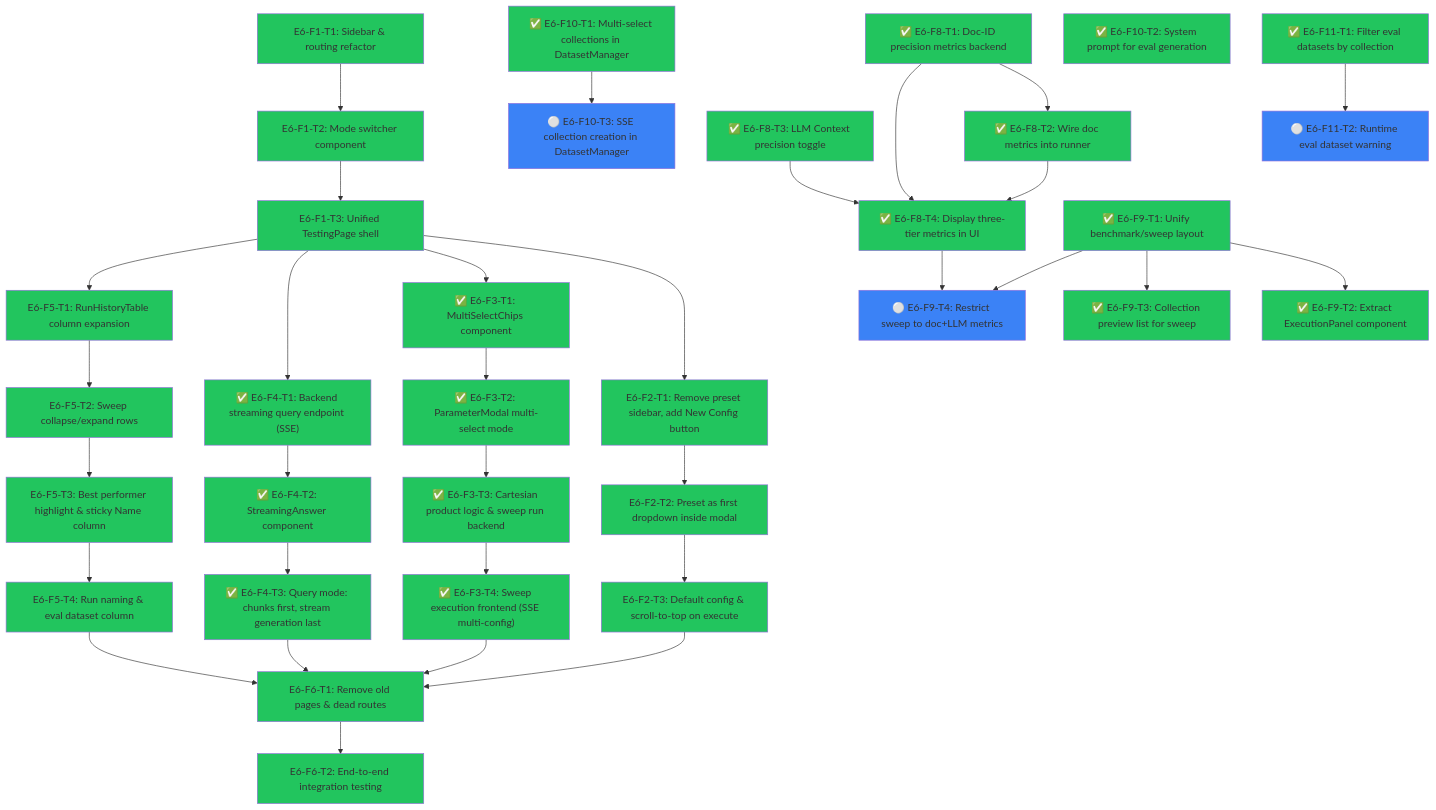
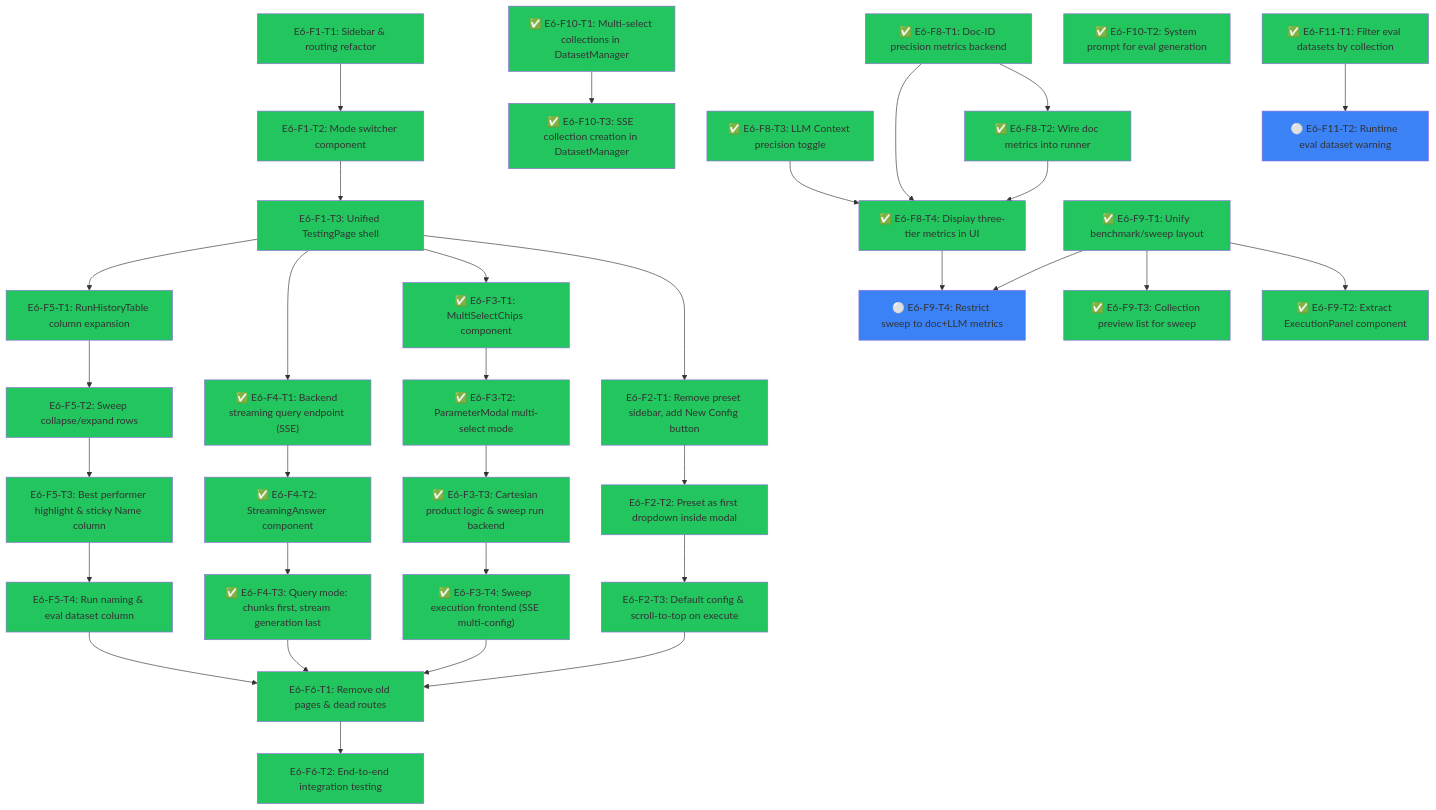
One commit to Vutiot/EvenementsRAG changed the diagram in roadmap_unification.md. Above: the diagram before and after it, drawn with Mermaid. The commit also changed other lines of this file and 5 other files, not shown here.

First line of the commit message:
feat: SSE collection creation in DatasetManager (E6-F10-T3)

````diff
--- a/roadmap_unification.md
+++ b/roadmap_unification.md
@@ -78,7 +78,7 @@
 
   E6F10T1["✅ E6-F10-T1: Multi-select collections in DatasetManager"]
   E6F10T2["✅ E6-F10-T2: System prompt for eval generation"]
-  E6F10T3["⚪ E6-F10-T3: SSE collection creation in DatasetManager"]
+  E6F10T3["✅ E6-F10-T3: SSE collection creation in DatasetManager"]
 
   E6F11T1["✅ E6-F11-T1: Filter eval datasets by collection"]
   E6F11T2["⚪ E6-F11-T2: Runtime eval dataset warning"]
@@ -126,7 +126,7 @@
   style E6F9T4 fill:#3b82f6
   style E6F10T1 fill:#22c55e
   style E6F10T2 fill:#22c55e
-  style E6F10T3 fill:#3b82f6
+  style E6F10T3 fill:#22c55e
   style E6F11T1 fill:#22c55e
   style E6F11T2 fill:#3b82f6
 ```
````
